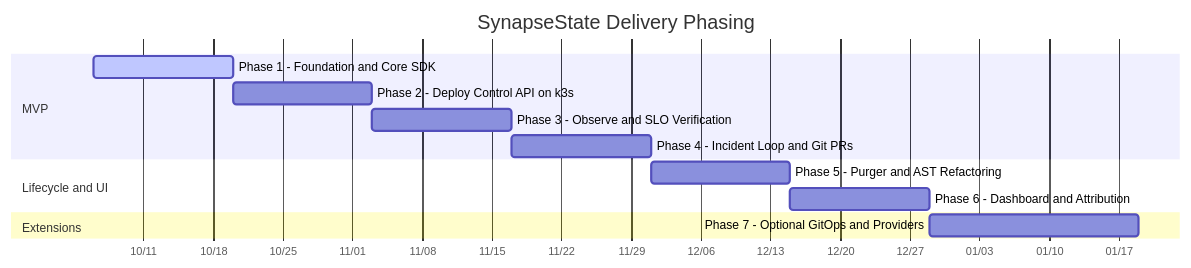
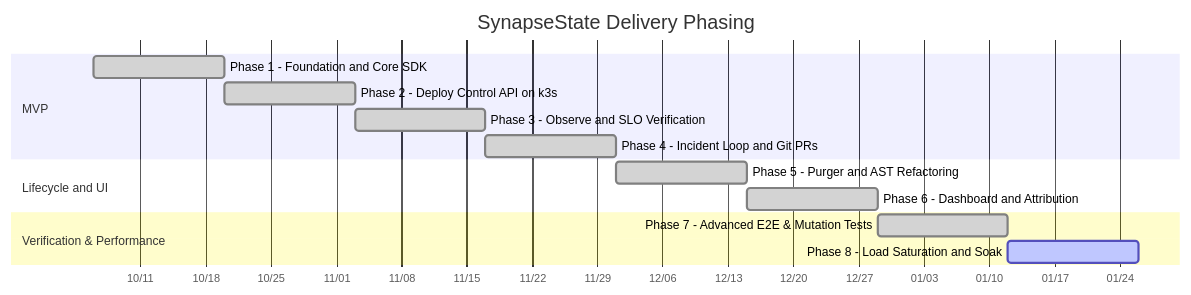
Before and after one commit to adityapawar112/SynapseState: the diagram in docs/ROADMAP.md, drawn with Mermaid. The commit also changed other lines of this file and 3 other files, not shown here.

Commit message:
docs: record Phase 7 completion, update roadmap and index, prune handoff

````diff
--- a/docs/ROADMAP.md
+++ b/docs/ROADMAP.md
@@ -45,16 +45,17 @@
 ```mermaid
 gantt
     title SynapseState Delivery Phasing
     dateFormat YYYY-MM-DD
     axisFormat %m/%d
     section MVP
-    Phase 1 - Foundation and Core SDK       :active, p1, 2026-10-06, 14d
-    Phase 2 - Deploy Control API on k3s     :p2, after p1, 14d
-    Phase 3 - Observe and SLO Verification  :p3, after p2, 14d
-    Phase 4 - Incident Loop and Git PRs     :p4, after p3, 14d
+    Phase 1 - Foundation and Core SDK       :done, p1, 2026-10-06, 14d
+    Phase 2 - Deploy Control API on k3s     :done, p2, after p1, 14d
+    Phase 3 - Observe and SLO Verification  :done, p3, after p2, 14d
+    Phase 4 - Incident Loop and Git PRs     :done, p4, after p3, 14d
     section Lifecycle and UI
-    Phase 5 - Purger and AST Refactoring    :p5, after p4, 14d
-    Phase 6 - Dashboard and Attribution     :p6, after p5, 14d
-    section Extensions
-    Phase 7 - Optional GitOps and Providers :p7, after p6, 21d
+    Phase 5 - Purger and AST Refactoring    :done, p5, after p4, 14d
+    Phase 6 - Dashboard and Attribution     :done, p6, after p5, 14d
+    section Verification & Performance
+    Phase 7 - Advanced E2E & Mutation Tests :done, p7, after p6, 14d
+    Phase 8 - Load Saturation and Soak      :active, p8, after p7, 14d
 ```
````
